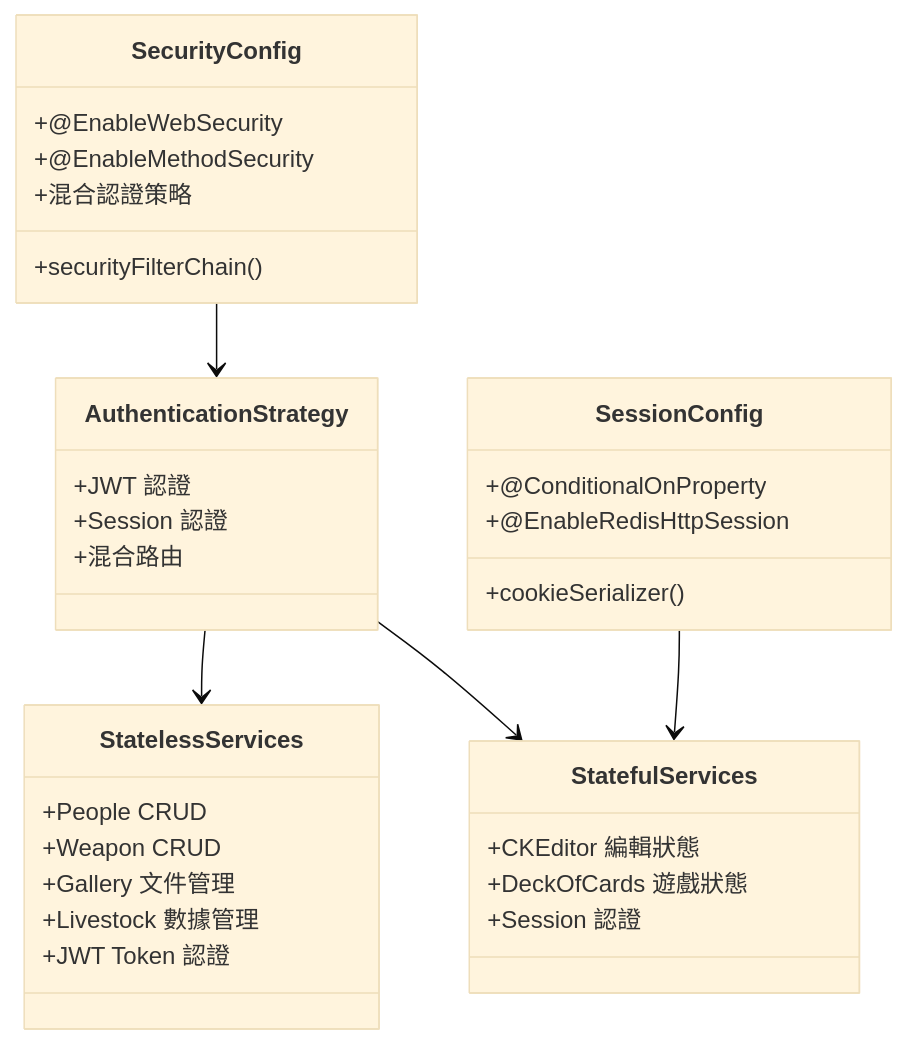
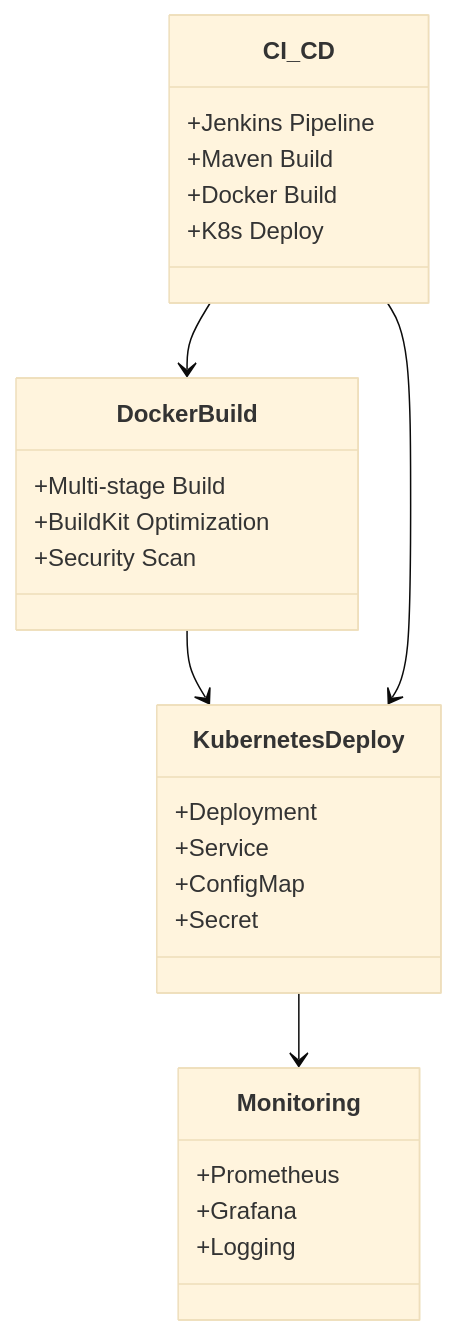
Before and after one commit to Vinskao/ty-multiverse-backend: the ninth of 10 diagrams in README.md, drawn with Mermaid (base theme). The commit also changed other lines of this file and 6 other files, not shown here.

````diff
--- a/README.md
+++ b/README.md
@@ -908,40 +295,33 @@
 ```mermaid
 classDiagram
-    class SecurityConfig {
-        +@EnableWebSecurity
-        +@EnableMethodSecurity
-        +securityFilterChain()
-        +混合認證策略
+    class DockerBuild {
+        +Multi-stage Build
+        +BuildKit Optimization
+        +Security Scan
     }
     
-    class SessionConfig {
-        +@ConditionalOnProperty
-        +@EnableRedisHttpSession
-        +cookieSerializer()
+    class KubernetesDeploy {
+        +Deployment
+        +Service
+        +ConfigMap
+        +Secret
     }
     
-    class StatelessServices {
-        +People CRUD
-        +Weapon CRUD
-        +Gallery 文件管理
-        +Livestock 數據管理
-        +JWT Token 認證
+    class CI_CD {
+        +Jenkins Pipeline
+        +Maven Build
+        +Docker Build
+        +K8s Deploy
     }
     
-    class StatefulServices {
-        +CKEditor 編輯狀態
-        +DeckOfCards 遊戲狀態
-        +Session 認證
+    class Monitoring {
+        +Prometheus
+        +Grafana
+        +Logging
     }
     
-    class AuthenticationStrategy {
-        +JWT 認證
-        +Session 認證
-        +混合路由
-    }
-    
-    SecurityConfig --> AuthenticationStrategy
-    SessionConfig --> StatefulServices
-    AuthenticationStrategy --> StatelessServices
-    AuthenticationStrategy --> StatefulServices
+    DockerBuild --> KubernetesDeploy
+    CI_CD --> DockerBuild
+    CI_CD --> KubernetesDeploy
+    KubernetesDeploy --> Monitoring
 ```
````
